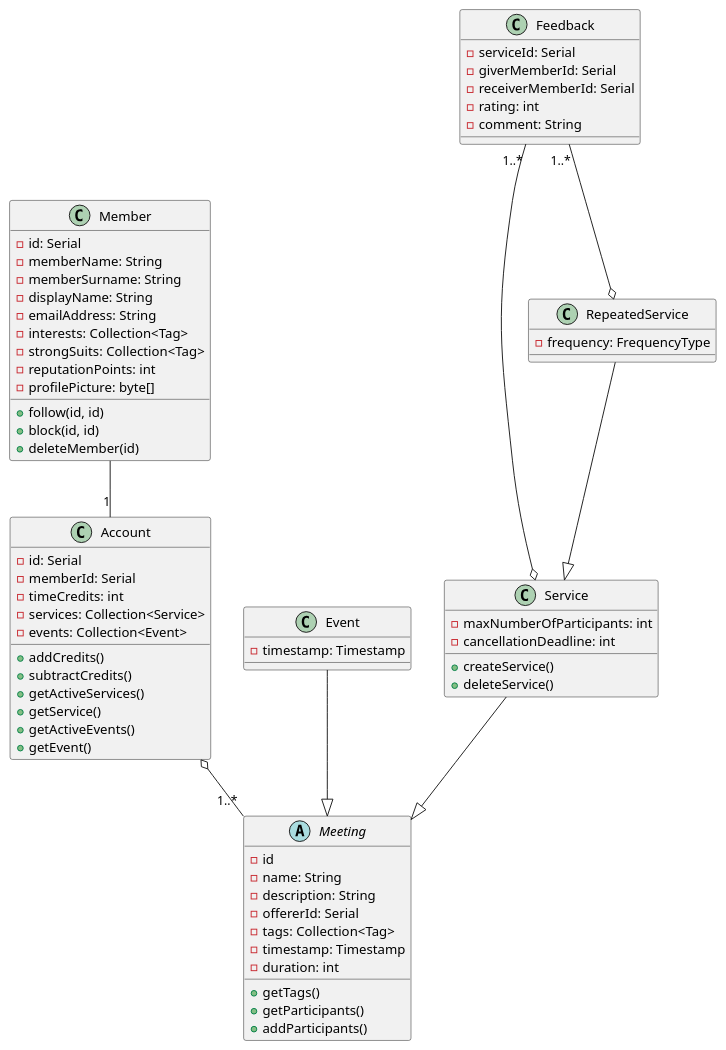
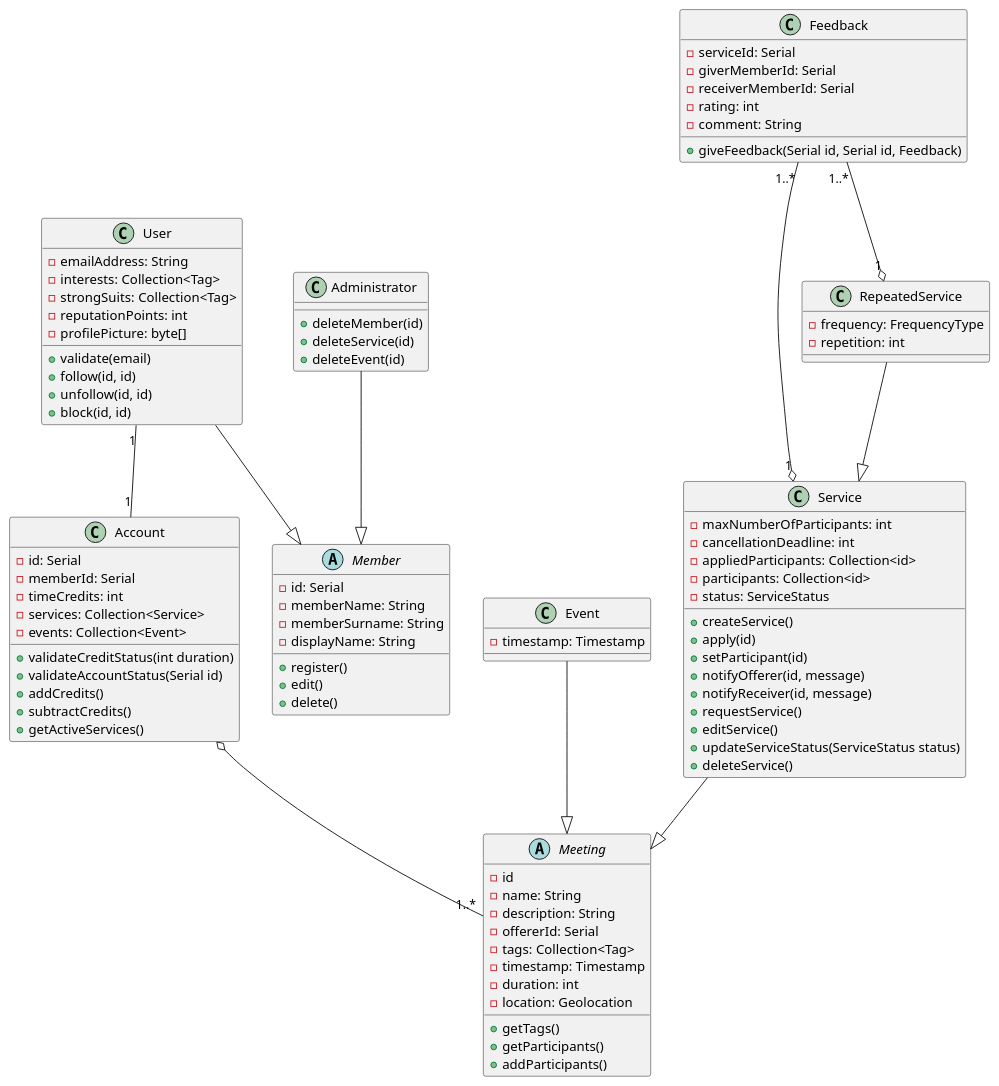
One commit to ZDenizYStenhaug/swe573-Project changed the diagram in classDiagrams.puml. Above: the diagram before and after it, drawn with PlantUML. The commit also changed 5 other files, not shown here.

```diff
--- a/classDiagrams.puml
+++ b/classDiagrams.puml
@@ -1,78 +1,107 @@
 @startuml
-class Member {
+abstract class Member {
   -id: Serial
   -memberName: String
   -memberSurname: String
   -displayName: String
-  -emailAddress: String
-  -interests: Collection<Tag>
-  -strongSuits: Collection<Tag>
-  -reputationPoints: int
-  -profilePicture: byte[]
 
-  +follow(id, id)
-  +block(id, id)
-  +deleteMember(id)
+  +register()
+  +edit()
+  +delete()
 }
+class User {
+    -emailAddress: String
+    -interests: Collection<Tag>
+    -strongSuits: Collection<Tag>
+    -reputationPoints: int
+    -profilePicture: byte[]
+
+    +validate(email)
+    +follow(id, id)
+    +unfollow(id, id)
+    +block(id, id)
+}
+User --|> Member
+class Administrator {
+    +deleteMember(id)
+    +deleteService(id)
+    +deleteEvent(id)
+}
+Administrator --|> Member
+
 class Account {
     -id: Serial
     -memberId: Serial
     -timeCredits: int
     -services: Collection<Service>
     -events: Collection<Event>
 
+    +validateCreditStatus(int duration)
+    +validateAccountStatus(Serial id)
     +addCredits()
     +subtractCredits()
     +getActiveServices()
-    +getService()
-    +getActiveEvents()
-    +getEvent()
 }
-Member -- "1" Account
+User"1" -- "1" Account
 
 abstract class Meeting {
     -id
     -name: String
     -description: String
     -offererId: Serial
     -tags: Collection<Tag>
     -timestamp: Timestamp
     -duration: int
+    -location: Geolocation
 
     +getTags()
     +getParticipants()
     +addParticipants()
 }
 Account o-- "1..*" Meeting
 
 class Event {
     -timestamp: Timestamp
 }
 Event --|> Meeting
 
 class Service {
     -maxNumberOfParticipants: int
     -cancellationDeadline: int
+    -appliedParticipants: Collection<id>
+    -participants: Collection<id>
+    -status: ServiceStatus
+
     +createService()
+    +apply(id)
+    +setParticipant(id)
+    +notifyOfferer(id, message)
+    +notifyReceiver(id, message)
+    +requestService()
+    +editService()
+    +updateServiceStatus(ServiceStatus status)
     +deleteService()
 }
 Service --|> Meeting
 
 class RepeatedService {
     -frequency: FrequencyType
+    -repetition: int
 }
 
 RepeatedService --|> Service
 
 class Feedback {
     -serviceId: Serial
     -giverMemberId: Serial
     -receiverMemberId: Serial
     -rating: int
     -comment: String
+
+    +giveFeedback(Serial id, Serial id, Feedback)
 }
-Feedback "1..*" --o Service
-Feedback "1..*" --o RepeatedService
+Feedback "1..*" --o "1"Service
+Feedback "1..*" --o "1"RepeatedService
 
 
 @enduml
```
